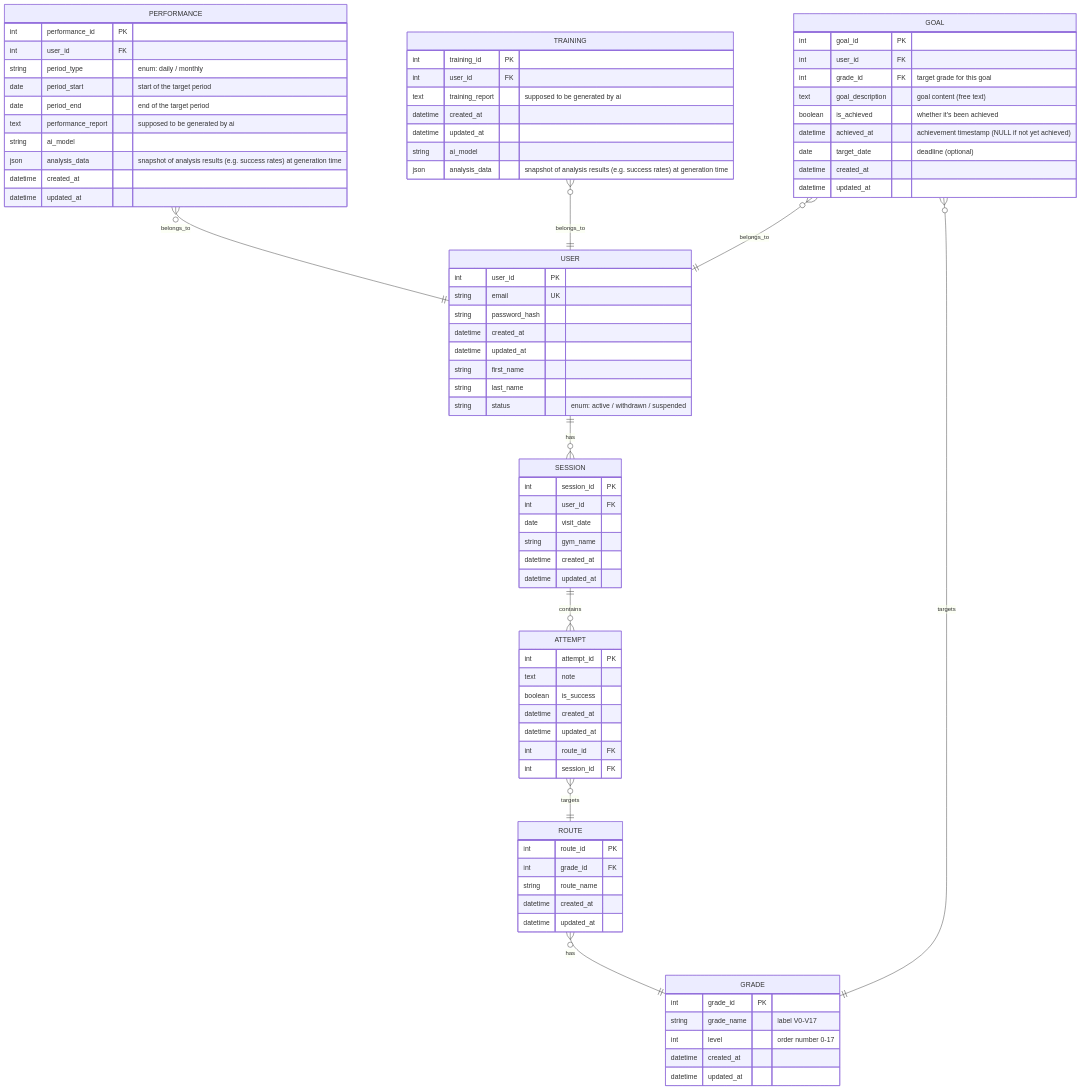
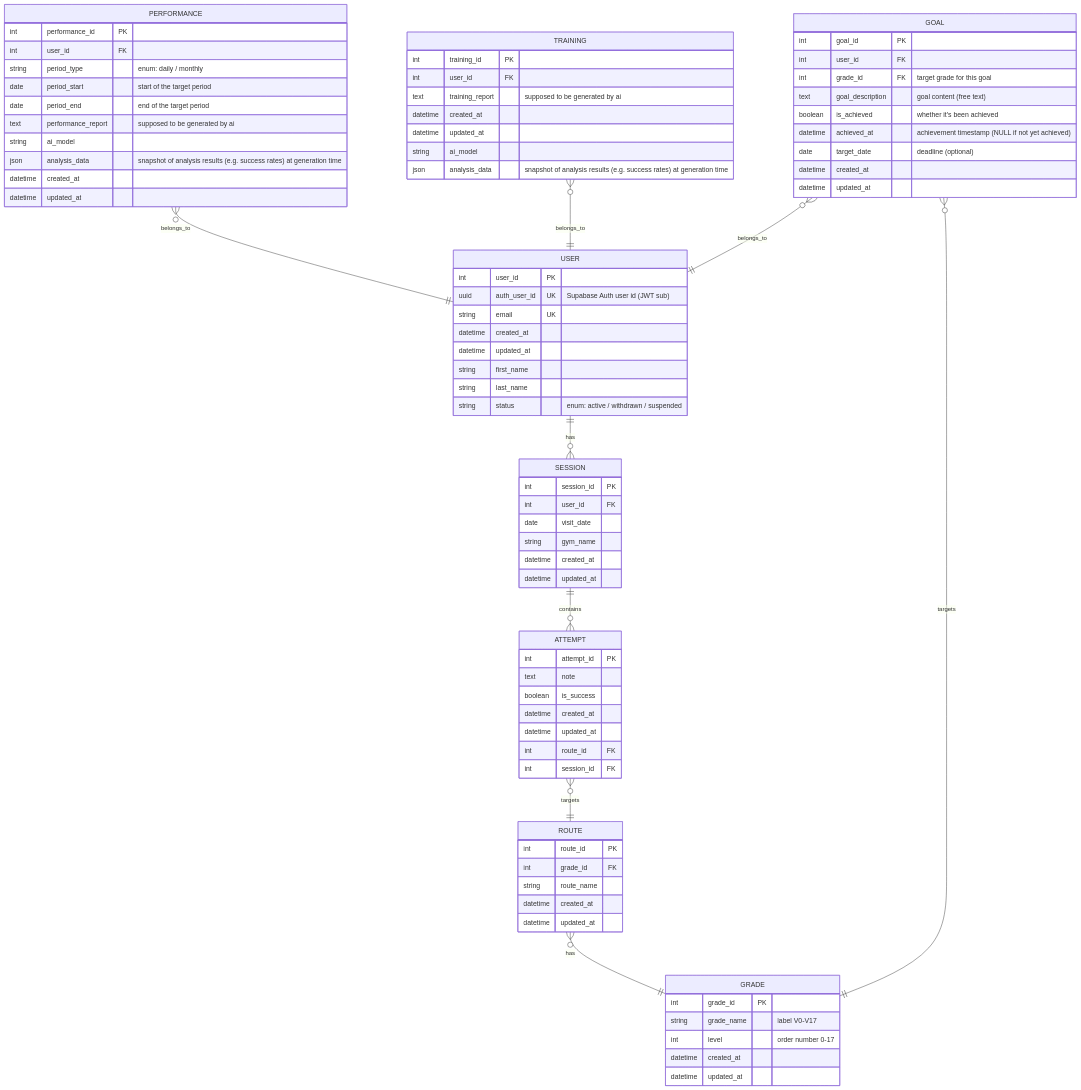
Before and after one commit to taiseiiiii/ciccc-program-project: the diagram in required/climb-app-erd.md, drawn with Mermaid. The commit also changed 30 other files, not shown here.

```diff
--- a/required/climb-app-erd.md
+++ b/required/climb-app-erd.md
@@ -11,8 +11,8 @@
 
     USER {
         int user_id PK
+        uuid auth_user_id UK "Supabase Auth user id (JWT sub)"
         string email UK
-        string password_hash
         datetime created_at
         datetime updated_at
         string first_name
```
